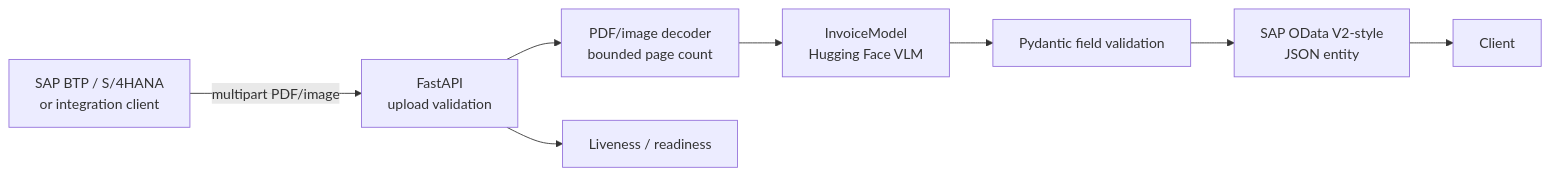
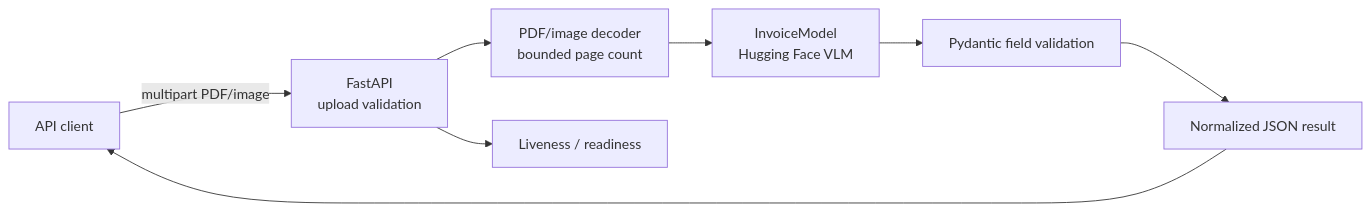
The diagram in projects/invoice-extraction-api/README.md (HarshitGaur08/HarshitGaur08), drawn with Mermaid before and after one commit. The commit also changed other lines of this file and 32 other files, not shown here.

````diff
--- a/projects/invoice-extraction-api/README.md
+++ b/projects/invoice-extraction-api/README.md
@@ -8,10 +10,10 @@
 ```mermaid
 flowchart LR
-    client["SAP BTP / S/4HANA<br/>or integration client"] -->|multipart PDF/image| API["FastAPI<br/>upload validation"]
+    Client["API client"] -->|multipart PDF/image| API["FastAPI<br/>upload validation"]
     API --> Decode["PDF/image decoder<br/>bounded page count"]
     Decode --> Model["InvoiceModel<br/>Hugging Face VLM"]
     Model --> Validate["Pydantic field validation"]
-    Validate --> OData["SAP OData V2-style<br/>JSON entity"]
-    OData --> Client
+    Validate --> Result["Normalized JSON result"]
+    Result --> Client
     API --> Health["Liveness / readiness"]
 ```
````
